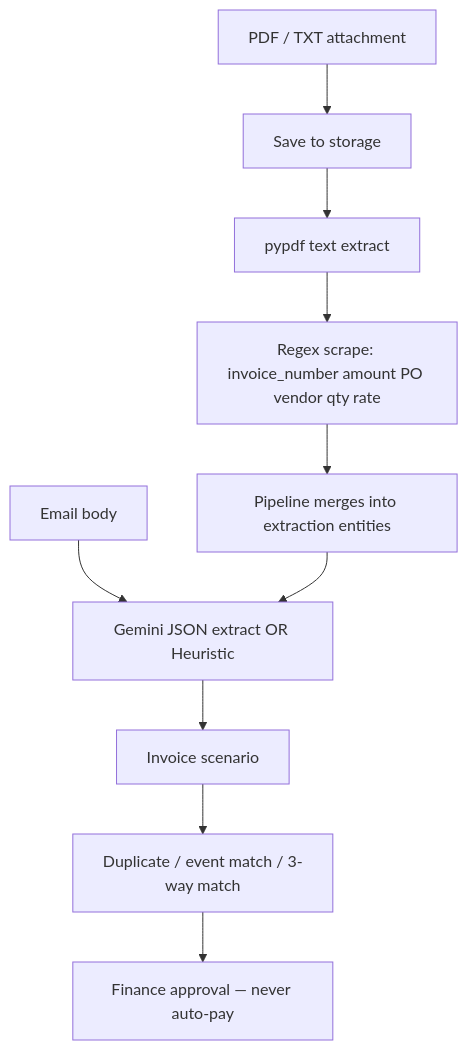
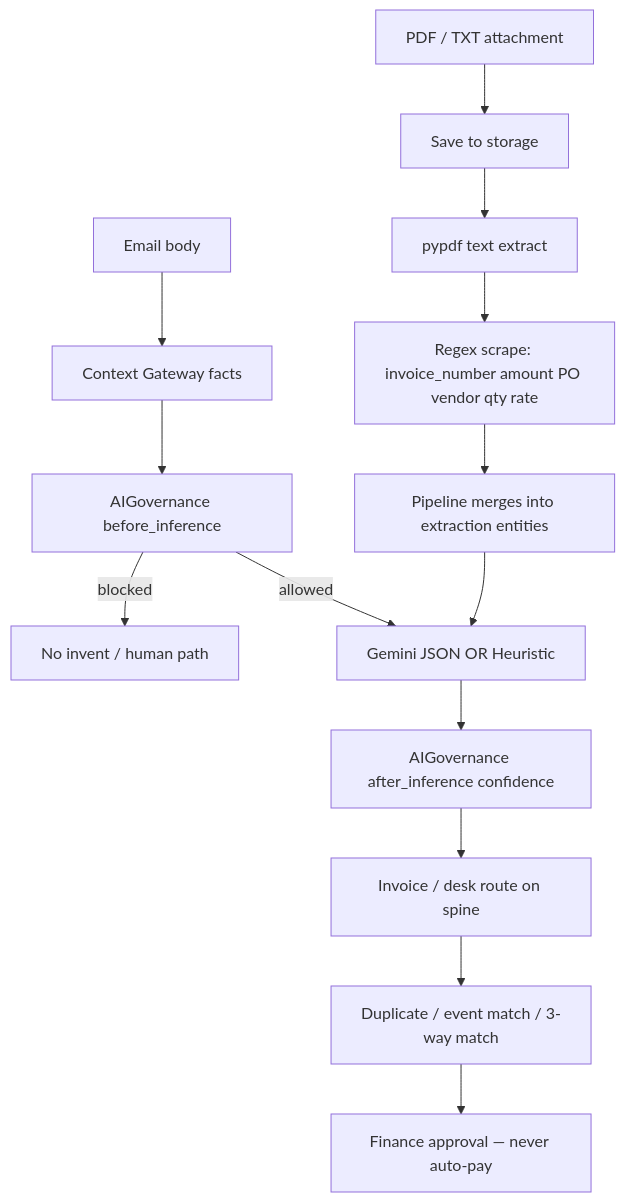
Before and after one commit to kshitiz-12/Orchestration: the fourth of 6 diagrams in docs/SYSTEM.md, drawn with Mermaid. The commit also changed other lines of this file and 2 other files, not shown here.

````diff
--- a/docs/SYSTEM.md
+++ b/docs/SYSTEM.md
@@ -176,12 +199,16 @@
 ```mermaid
 flowchart TD
   PDF[PDF / TXT attachment] --> Save[Save to storage]
   Save --> Text[pypdf text extract]
   Text --> Scrape[Regex scrape: invoice_number amount PO vendor qty rate]
   Scrape --> Merge[Pipeline merges into extraction entities]
-  Body[Email body] --> Gemini[Gemini JSON extract OR Heuristic]
+  Body[Email body] --> GW[Context Gateway facts]
+  GW --> Pre[AIGovernance before_inference]
+  Pre -->|blocked| Stop[No invent / human path]
+  Pre -->|allowed| Gemini[Gemini JSON OR Heuristic]
   Merge --> Gemini
-  Gemini --> Inv[Invoice scenario]
+  Gemini --> Post[AIGovernance after_inference confidence]
+  Post --> Inv[Invoice / desk route on spine]
   Inv --> Match[Duplicate / event match / 3-way match]
   Match --> Human[Finance approval — never auto-pay]
 ```
````
